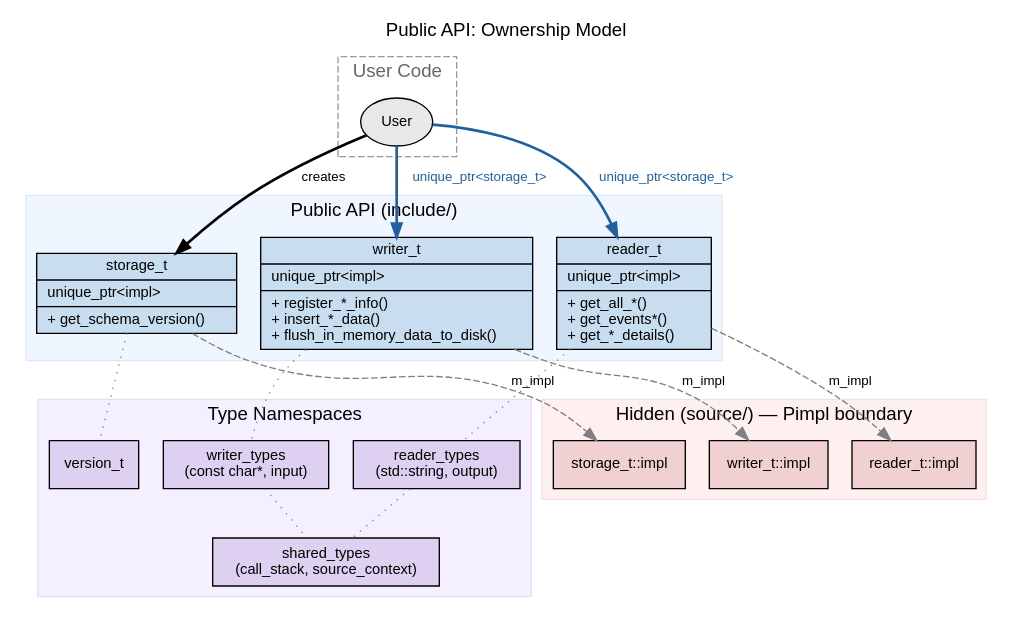
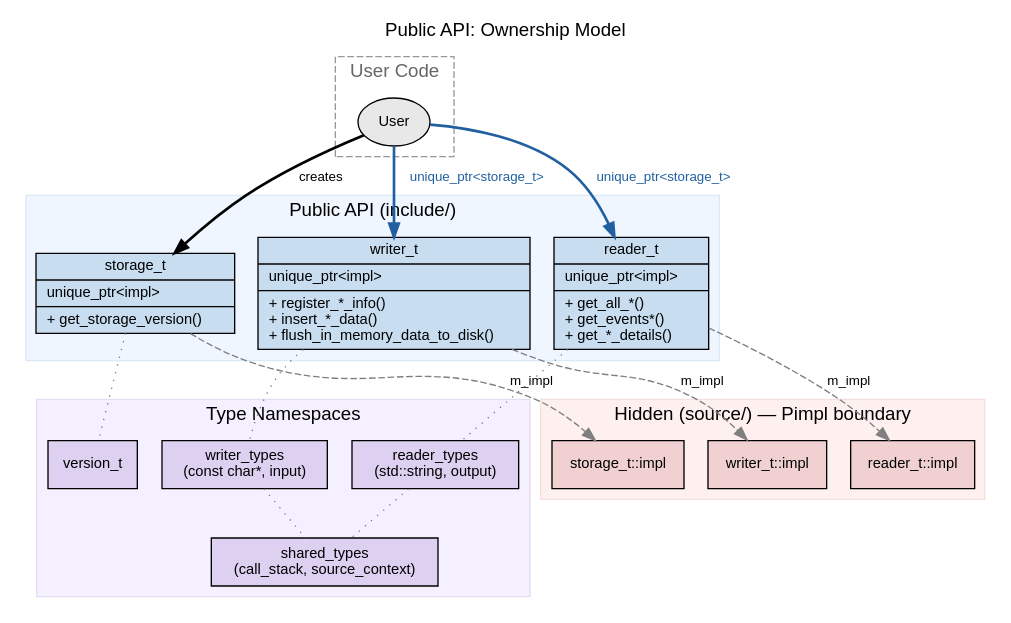
Before and after one commit to ROCm/rocm-systems: the diagram in profilers/profiler-hub/docs/graphs/public_api_ownership.dot, drawn with Graphviz. The commit also changed 7 other files, not shown here.

Commit message:
revert back method name to get_storage_version

```diff
--- a/profilers/profiler-hub/docs/graphs/public_api_ownership.dot
+++ b/profilers/profiler-hub/docs/graphs/public_api_ownership.dot
@@ -1,67 +1,67 @@
 digraph public_api_ownership {
     rankdir=TB;
     fontname="Helvetica";
     node [fontname="Helvetica", fontsize=11, shape=record, style=filled];
     edge [fontname="Helvetica", fontsize=10];
 
     label="Public API: Ownership Model";
     labelloc=t;
     fontsize=14;
 
     subgraph cluster_user {
         label="User Code";
         style=dashed;
         color=gray60;
         fontcolor=gray40;
 
         user_code [label="User", shape=ellipse, fillcolor="#e8e8e8"];
     }
 
     subgraph cluster_public_api {
         label="Public API (include/)";
         style=filled;
         color="#dce8f5";
         fillcolor="#f0f6ff";
 
-        storage [label="{storage_t|unique_ptr\<impl\>\l|+ get_schema_version()\l}", fillcolor="#c8ddf0"];
+        storage [label="{storage_t|unique_ptr\<impl\>\l|+ get_storage_version()\l}", fillcolor="#c8ddf0"];
         writer [label="{writer_t|unique_ptr\<impl\>\l|+ register_*_info()\l+ insert_*_data()\l+ flush_in_memory_data_to_disk()\l}", fillcolor="#c8ddf0"];
         reader [label="{reader_t|unique_ptr\<impl\>\l|+ get_all_*()\l+ get_events*()\l+ get_*_details()\l}", fillcolor="#c8ddf0"];
     }
 
     subgraph cluster_types {
         label="Type Namespaces";
         style=filled;
         color="#e5ddf0";
         fillcolor="#f5f0ff";
 
         writer_types [label="writer_types\n(const char*, input)", shape=box, fillcolor="#ddd0f0"];
         reader_types [label="reader_types\n(std::string, output)", shape=box, fillcolor="#ddd0f0"];
         shared_types [label="shared_types\n(call_stack, source_context)", shape=box, fillcolor="#ddd0f0"];
         version [label="version_t", shape=box, fillcolor="#ddd0f0"];
     }
 
     subgraph cluster_hidden {
         label="Hidden (source/) — Pimpl boundary";
         style=filled;
         color="#f5e0e0";
         fillcolor="#fff0f0";
 
         storage_impl [label="storage_t::impl", shape=box, fillcolor="#f0d0d0"];
         writer_impl [label="writer_t::impl", shape=box, fillcolor="#f0d0d0"];
         reader_impl [label="reader_t::impl", shape=box, fillcolor="#f0d0d0"];
     }
 
     user_code -> storage [label="  creates  ", style=bold];
     user_code -> writer [label="  unique_ptr<storage_t>  ", style=bold, color="#2060a0", fontcolor="#2060a0"];
     user_code -> reader [label="  unique_ptr<storage_t>  ", style=bold, color="#2060a0", fontcolor="#2060a0"];
 
     storage -> storage_impl [label="  m_impl  ", style=dashed, color=gray50];
     writer -> writer_impl [label="  m_impl  ", style=dashed, color=gray50];
     reader -> reader_impl [label="  m_impl  ", style=dashed, color=gray50];
 
     writer -> writer_types [style=dotted, color=gray50, arrowhead=none];
     reader -> reader_types [style=dotted, color=gray50, arrowhead=none];
     writer_types -> shared_types [style=dotted, color=gray50, arrowhead=none];
     reader_types -> shared_types [style=dotted, color=gray50, arrowhead=none];
     storage -> version [style=dotted, color=gray50, arrowhead=none];
 }
```
